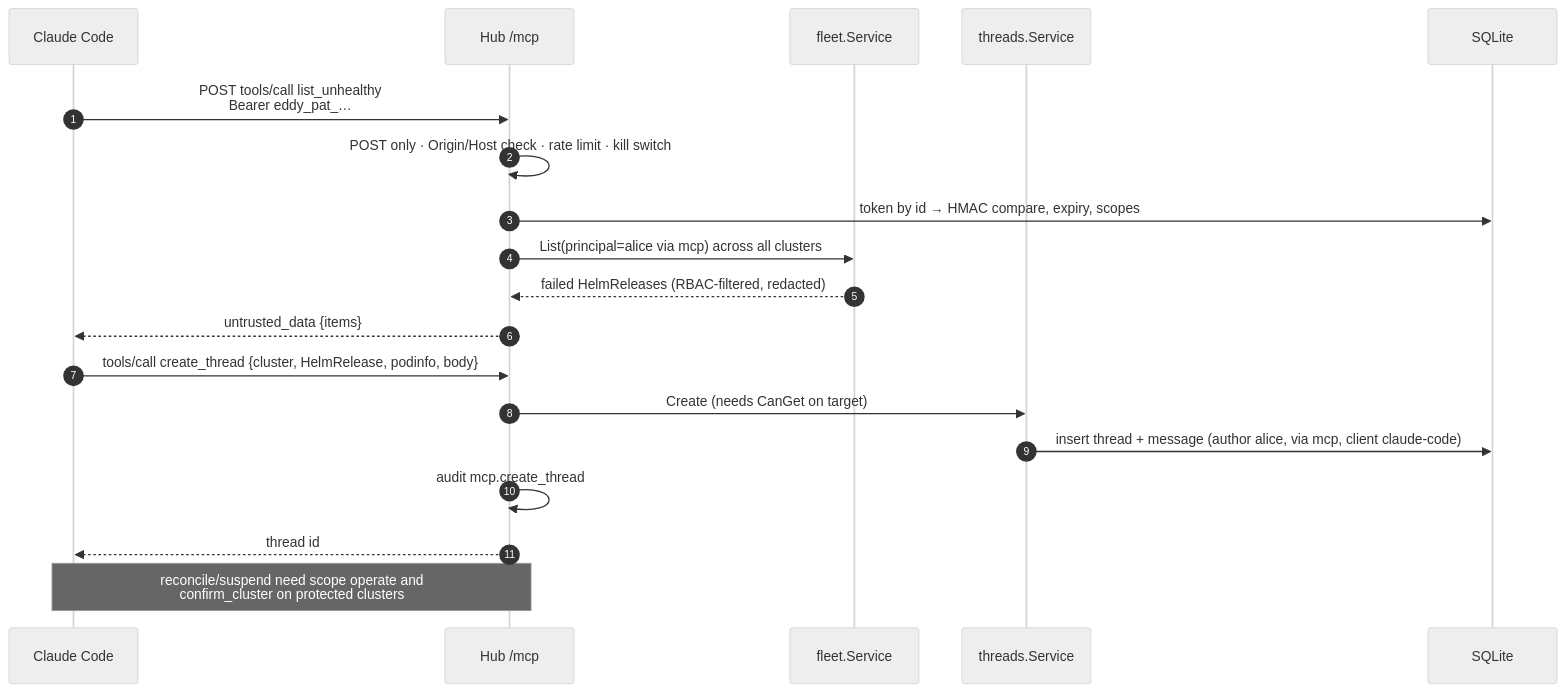
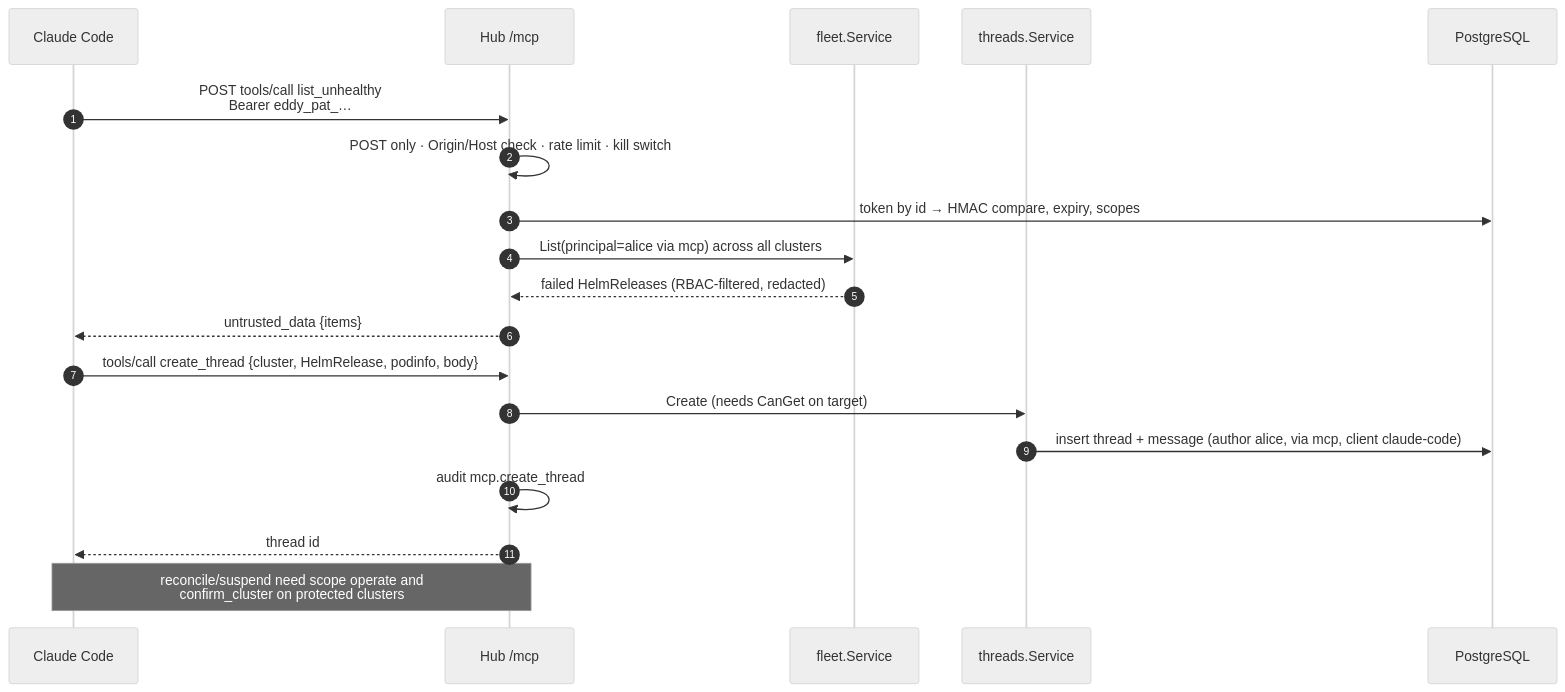
One commit to idestis/eddy changed the eighth of 10 diagrams in docs/architecture.md. Above: the diagram before and after it, drawn with Mermaid (neutral theme). The commit also changed other lines of this file and 9 other files, not shown here.

````diff
--- a/docs/architecture.md
+++ b/docs/architecture.md
@@ -260,21 +260,21 @@
 ```mermaid
 sequenceDiagram
   autonumber
   participant CC as Claude Code
   participant M as Hub /mcp
   participant F as fleet.Service
   participant T as threads.Service
-  participant DB as SQLite
+  participant DB as PostgreSQL
   CC->>M: POST tools/call list_unhealthy<br/>Bearer eddy_pat_…
   M->>M: POST only · Origin/Host check · rate limit · kill switch
   M->>DB: token by id → HMAC compare, expiry, scopes
   M->>F: List(principal=alice via mcp) across all clusters
   F-->>M: failed HelmReleases (RBAC-filtered, redacted)
   M-->>CC: untrusted_data {items}
   CC->>M: tools/call create_thread {cluster, HelmRelease, podinfo, body}
   M->>T: Create (needs CanGet on target)
   T->>DB: insert thread + message (author alice, via mcp, client claude-code)
   M->>M: audit mcp.create_thread
   M-->>CC: thread id
   Note over CC,M: reconcile/suspend need scope operate and<br/>confirm_cluster on protected clusters
 ```
````
